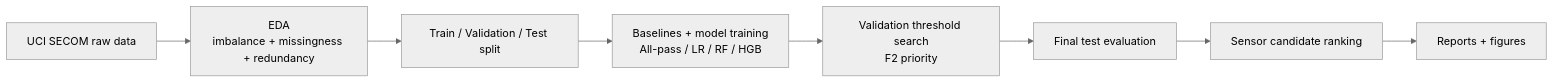
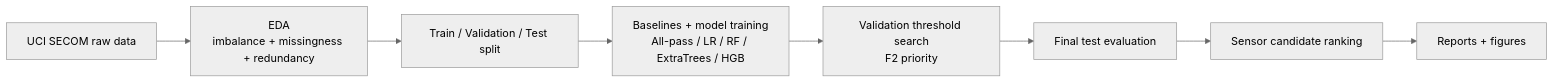
One commit to JuHyeon-Nam/semiconductor-process-fault-detection changed the diagram in README.md. Above: the diagram before and after it, drawn with Mermaid (neutral theme). The commit also changed other lines of this file and 46 other files, not shown here.

````diff
--- a/README.md
+++ b/README.md
@@ -112,10 +112,10 @@
 ```mermaid
 flowchart LR
     A["UCI SECOM raw data"] --> B["EDA<br/>imbalance + missingness + redundancy"]
     B --> C["Train / Validation / Test split"]
-    C --> D["Baselines + model training<br/>All-pass / LR / RF / HGB"]
+    C --> D["Baselines + model training<br/>All-pass / LR / RF / ExtraTrees / HGB"]
     D --> E["Validation threshold search<br/>F2 priority"]
     E --> F["Final test evaluation"]
     F --> G["Sensor candidate ranking"]
     G --> H["Reports + figures"]
 ```
````
